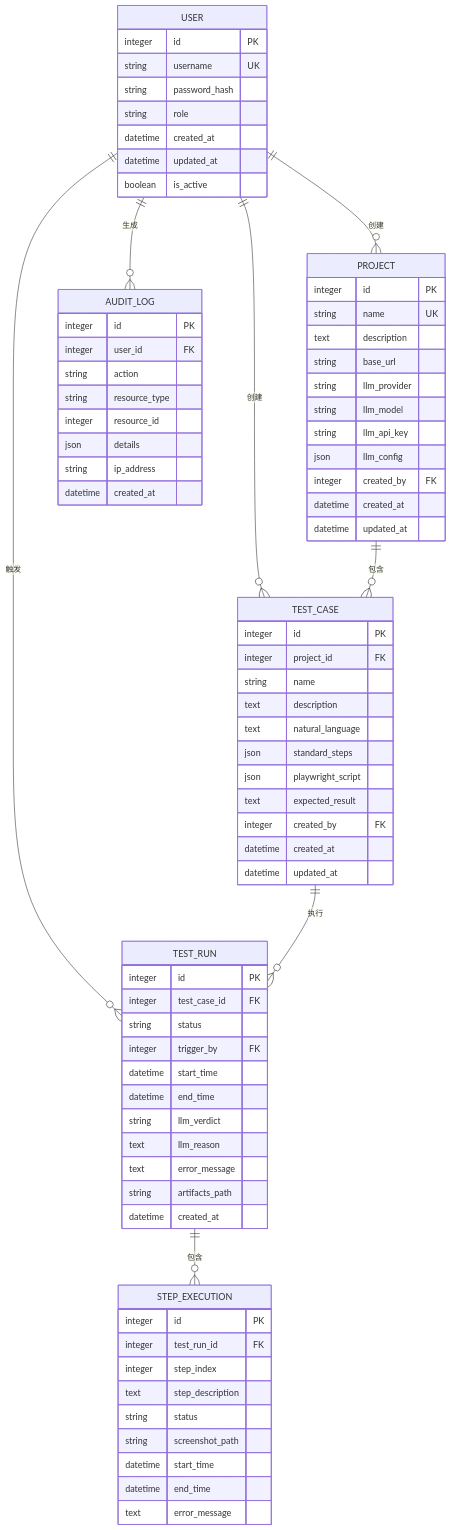
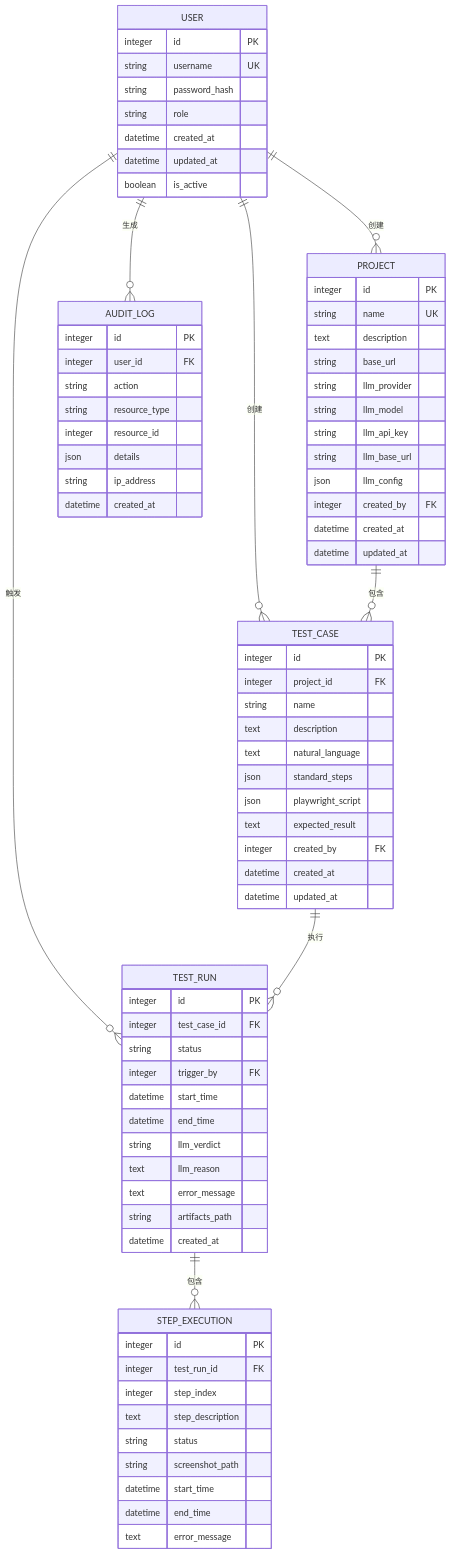
Before and after one commit to aidanguan/testserver: the diagram in .qoder/repowiki/zh/content/数据模型/数据模型.md, drawn with Mermaid. The commit also changed other lines of this file and 91 other files, not shown here.

````diff
--- a/.qoder/repowiki/zh/content/数据模型/数据模型.md
+++ b/.qoder/repowiki/zh/content/数据模型/数据模型.md
@@ -148,79 +159,80 @@
 ```mermaid
 erDiagram
 USER {
 integer id PK
 string username UK
 string password_hash
 string role
 datetime created_at
 datetime updated_at
 boolean is_active
 }
 PROJECT {
 integer id PK
 string name UK
 text description
 string base_url
 string llm_provider
 string llm_model
 string llm_api_key
+string llm_base_url
 json llm_config
 integer created_by FK
 datetime created_at
 datetime updated_at
 }
 TEST_CASE {
 integer id PK
 integer project_id FK
 string name
 text description
 text natural_language
 json standard_steps
 json playwright_script
 text expected_result
 integer created_by FK
 datetime created_at
 datetime updated_at
 }
 TEST_RUN {
 integer id PK
 integer test_case_id FK
 string status
 integer trigger_by FK
 datetime start_time
 datetime end_time
 string llm_verdict
 text llm_reason
 text error_message
 string artifacts_path
 datetime created_at
 }
 STEP_EXECUTION {
 integer id PK
 integer test_run_id FK
 integer step_index
 text step_description
 string status
 string screenshot_path
 datetime start_time
 datetime end_time
 text error_message
 }
 AUDIT_LOG {
 integer id PK
 integer user_id FK
 string action
 string resource_type
 integer resource_id
 json details
 string ip_address
 datetime created_at
 }
 USER ||--o{ PROJECT : "创建"
 USER ||--o{ TEST_CASE : "创建"
 USER ||--o{ TEST_RUN : "触发"
 USER ||--o{ AUDIT_LOG : "生成"
 PROJECT ||--o{ TEST_CASE : "包含"
 TEST_CASE ||--o{ TEST_RUN : "执行"
 TEST_RUN ||--o{ STEP_EXECUTION : "包含"
 ```
````
